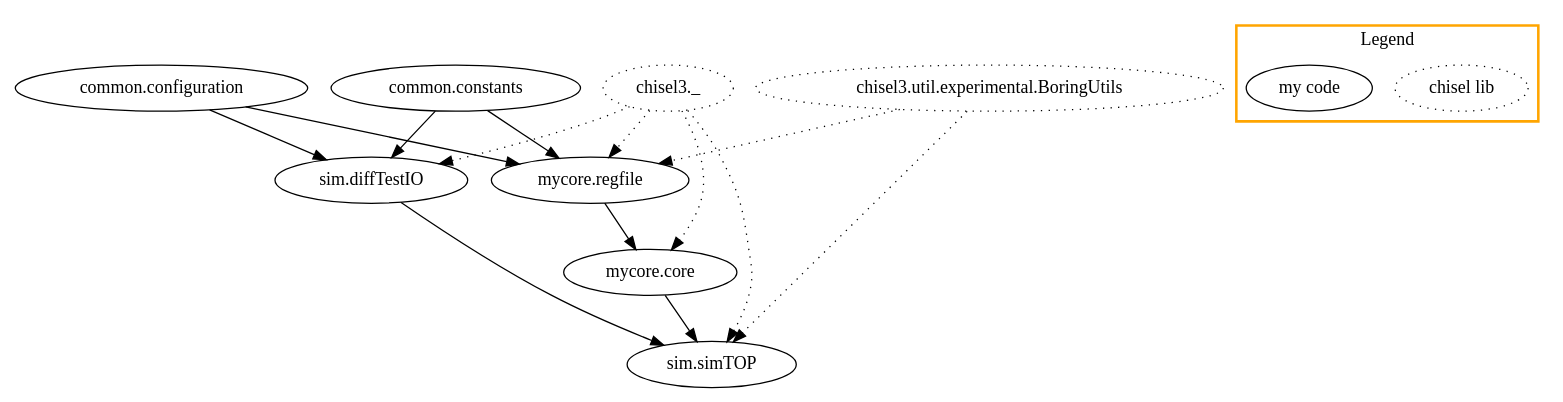
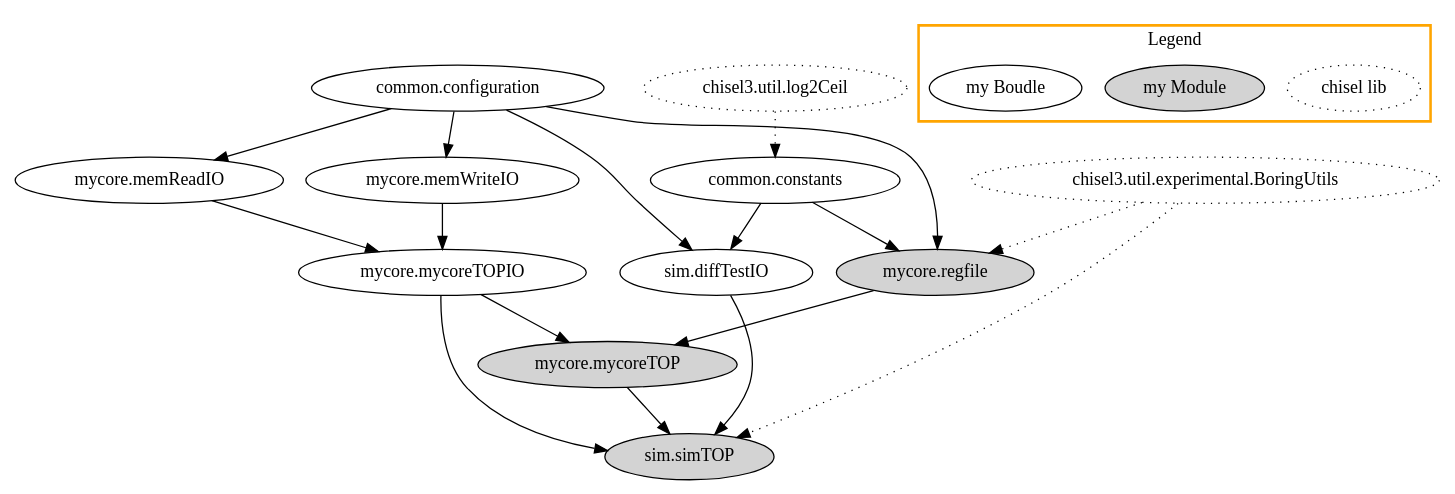
Before and after one commit to yuhengy/coredesign: the diagram in documents/dependChain-chisel.gv, drawn with Graphviz. The commit also changed 24 other files, not shown here.

Commit message:
REG+MEM: finish regfile for chisel  add .cpp memory for chisel.

```diff
--- a/documents/dependChain-chisel.gv
+++ b/documents/dependChain-chisel.gv
@@ -1,25 +1,36 @@
 digraph G {
-  "common.configuration" -> "mycore.regfile", "sim.diffTestIO";
+  "common.configuration" -> "mycore.regfile", "sim.diffTestIO", "mycore.memReadIO", "mycore.memWriteIO";
   "common.constants" -> "mycore.regfile", "sim.diffTestIO";
-  "mycore.regfile" -> "mycore.core";
-  "mycore.core" -> "sim.simTOP";
+  "mycore.regfile" -> "mycore.mycoreTOP";
+  "mycore.mycoreTOP" -> "sim.simTOP";
   "sim.diffTestIO" -> "sim.simTOP";
 
-  "chisel3._" [style=dotted]
+  "mycore.memReadIO" -> "mycore.mycoreTOPIO";
+  "mycore.memWriteIO" -> "mycore.mycoreTOPIO";
+  "mycore.mycoreTOPIO" -> "mycore.mycoreTOP", "sim.simTOP";
+
   "chisel3.util.experimental.BoringUtils" [style=dotted]
-  "chisel3._" -> "mycore.regfile", "mycore.core", "sim.diffTestIO", "sim.simTOP" [style=dotted];
+  "chisel3.util.log2Ceil" [style=dotted]
   "chisel3.util.experimental.BoringUtils" -> "mycore.regfile", "sim.simTOP" [style=dotted];
+  "chisel3.util.log2Ceil" -> "common.constants" [style=dotted]
+
+  "mycore.regfile" [style=filled];
+  "mycore.mycoreTOP" [style=filled];
+  "sim.simTOP" [style=filled];
 
   // Legend
   subgraph cluster1 {
     "chisel lib" [style=dotted];
-    "my code";
+    "my Module" [style=filled];
+    "my Boudle";
 
     label = "Legend";
     style=bold;
     color = "orange";
   }
 }
 
 // TODO: Add main Object `elaborate` which is runned by sbt to generate .v files.
 //       This will be helpful to keep *how sbt works* in mind .
+
+// NOTE: We ignore `chisel3._` for simplicity and ignore `scala.language.reflectiveCalls`
```
